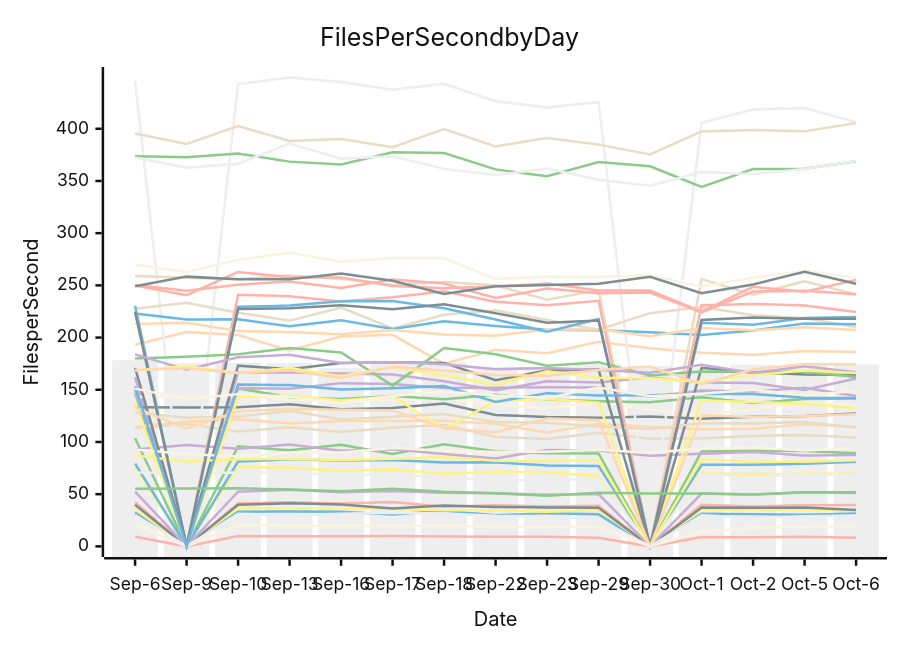
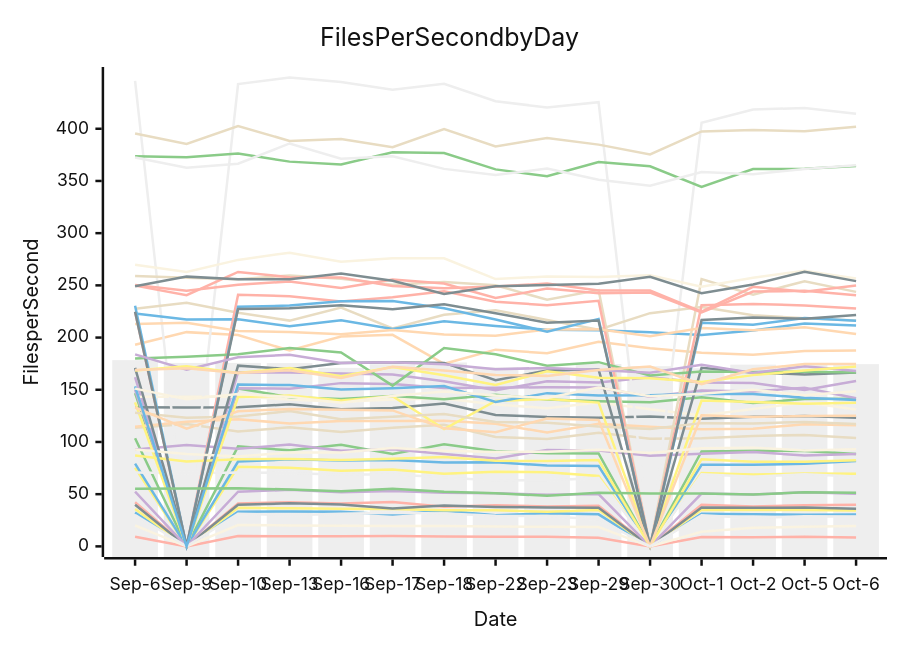
One commit to streetsidesoftware/cspell changed the diagram in perf-report.md. Above: the diagram before and after it, drawn with Mermaid (neutral theme). The commit also changed other lines of this file and 1 other file, not shown here.

````diff
--- a/perf-report.md
+++ b/perf-report.md
@@ -10,56 +10,56 @@
 ```mermaid
 xychart-beta
     title Files Per Second by Day
     y-axis Files per Second
     x-axis Date [Sep-6, Sep-9, Sep-10, Sep-13, Sep-16, Sep-17, Sep-18, Sep-22, Sep-23, Sep-29, Sep-30, Oct-1, Oct-2, Oct-5, Oct-6]
-    bar [178.38, 175.73, 175.70, 175.56, 170.99, 174.42, 176.15, 171.49, 170.60, 174.68, 172.58, 170.62, 174.06, 173.76, 174.28]
-    line [32.39, 0.00, 33.27, 33.48, 33.18, 30.65, 34.02, 29.87, 31.63, 30.68, 0.00, 31.32, 30.89, 30.33, 31.39]
-    line [103.61, 0.00, 95.82, 91.96, 97.25, 88.47, 97.89, 91.06, 89.08, 89.06, 0.00, 90.96, 91.55, 91.45, 89.14]
-    line [162.00, 0.00, 166.81, 166.56, 165.69, 164.68, 158.25, 149.51, 158.09, 156.96, 161.98, 156.93, 156.41, 149.87, 160.88]
-    line [113.59, 117.23, 110.00, 114.04, 109.51, 113.51, 116.46, 104.81, 102.79, 108.89, 103.13, 103.52, 105.79, 106.73, 104.21]
-    line [42.33, 0.00, 41.15, 42.24, 41.01, 42.53, 38.05, 39.43, 38.14, 38.94, 0.00, 39.96, 38.12, 39.36, 39.65]
-    line [75.33, 0.00, 76.18, 75.30, 72.34, 73.59, 69.54, 71.59, 70.97, 67.35, 0.00, 70.29, 68.90, 69.72, 69.61]
-    line [133.16, 133.12, 133.37, 136.08, 131.30, 132.64, 136.81, 125.88, 123.97, 123.26, 124.35, 122.36, 124.05, 124.82, 127.27]
-    line [193.18, 205.21, 202.42, 187.59, 200.94, 202.64, 174.86, 188.42, 184.98, 195.97, 189.74, 185.35, 183.52, 187.14, 186.06]
-    line [143.33, 143.38, 143.55, 140.59, 138.57, 140.62, 141.72, 135.93, 132.42, 137.90, 131.39, 125.40, 131.62, 137.96, 134.38]
-    line [445.82, 0.00, 442.79, 448.98, 444.77, 437.29, 443.15, 426.39, 420.42, 425.42, 0.00, 405.76, 418.50, 419.89, 406.48]
-    line [79.19, 0.00, 81.30, 83.34, 82.19, 82.78, 80.29, 80.65, 77.47, 76.93, 0.00, 78.07, 78.18, 79.10, 80.99]
-    line [146.70, 0.00, 151.25, 142.95, 141.14, 143.95, 140.92, 145.29, 140.59, 139.11, 138.01, 142.88, 137.23, 141.05, 141.73]
-    line [149.88, 0.00, 151.49, 151.06, 156.36, 155.63, 151.63, 151.94, 152.50, 152.06, 143.32, 149.19, 148.32, 152.02, 143.99]
-    line [227.50, 233.38, 223.69, 216.25, 228.77, 208.66, 221.89, 226.09, 216.90, 207.46, 223.39, 229.16, 221.30, 218.51, 210.01]
-    line [9.30, 0.00, 9.85, 9.67, 9.68, 9.92, 9.37, 9.23, 9.26, 8.29, 0.00, 8.90, 8.75, 9.30, 8.28]
+    bar [178.38, 175.73, 175.70, 175.56, 170.99, 174.42, 176.15, 171.49, 170.60, 174.68, 172.58, 170.62, 174.06, 173.76, 174.56]
+    line [32.39, 0.00, 33.27, 33.48, 33.18, 30.65, 34.02, 29.87, 31.63, 30.68, 0.00, 31.32, 30.89, 30.33, 30.59]
+    line [103.61, 0.00, 95.82, 91.96, 97.25, 88.47, 97.89, 91.06, 89.08, 89.06, 0.00, 90.96, 91.55, 91.45, 88.58]
+    line [162.00, 0.00, 166.81, 166.56, 165.69, 164.68, 158.25, 149.51, 158.09, 156.96, 161.98, 156.93, 156.41, 149.87, 158.30]
+    line [113.59, 117.23, 110.00, 114.04, 109.51, 113.51, 116.46, 104.81, 102.79, 108.89, 103.13, 103.52, 105.79, 106.73, 103.75]
+    line [42.33, 0.00, 41.15, 42.24, 41.01, 42.53, 38.05, 39.43, 38.14, 38.94, 0.00, 39.96, 38.12, 39.36, 39.78]
+    line [75.33, 0.00, 76.18, 75.30, 72.34, 73.59, 69.54, 71.59, 70.97, 67.35, 0.00, 70.29, 68.90, 69.72, 69.62]
+    line [133.16, 133.12, 133.37, 136.08, 131.30, 132.64, 136.81, 125.88, 123.97, 123.26, 124.35, 122.36, 124.05, 124.82, 123.22]
+    line [193.18, 205.21, 202.42, 187.59, 200.94, 202.64, 174.86, 188.42, 184.98, 195.97, 189.74, 185.35, 183.52, 187.14, 187.71]
+    line [143.33, 143.38, 143.55, 140.59, 138.57, 140.62, 141.72, 135.93, 132.42, 137.90, 131.39, 125.40, 131.62, 137.96, 131.11]
+    line [445.82, 0.00, 442.79, 448.98, 444.77, 437.29, 443.15, 426.39, 420.42, 425.42, 0.00, 405.76, 418.50, 419.89, 414.47]
+    line [79.19, 0.00, 81.30, 83.34, 82.19, 82.78, 80.29, 80.65, 77.47, 76.93, 0.00, 78.07, 78.18, 79.10, 81.87]
+    line [146.70, 0.00, 151.25, 142.95, 141.14, 143.95, 140.92, 145.29, 140.59, 139.11, 138.01, 142.88, 137.23, 141.05, 141.39]
+    line [149.88, 0.00, 151.49, 151.06, 156.36, 155.63, 151.63, 151.94, 152.50, 152.06, 143.32, 149.19, 148.32, 152.02, 141.80]
+    line [227.50, 233.38, 223.69, 216.25, 228.77, 208.66, 221.89, 226.09, 216.90, 207.46, 223.39, 229.16, 221.30, 218.51, 216.36]
+    line [9.30, 0.00, 9.85, 9.67, 9.68, 9.92, 9.37, 9.23, 9.26, 8.29, 0.00, 8.90, 8.75, 9.30, 8.53]
     line [35.85, 0.00, 37.06, 36.42, 35.98, 35.70, 34.54, 34.55, 33.11, 34.81, 0.00, 35.17, 34.81, 34.91, 34.29]
-    line [39.85, 0.00, 39.94, 41.26, 40.08, 36.34, 39.18, 37.74, 37.18, 36.89, 0.00, 37.27, 36.89, 37.25, 34.92]
-    line [114.54, 119.33, 121.78, 117.69, 120.09, 120.05, 120.31, 117.43, 109.01, 117.33, 114.51, 112.29, 112.71, 117.07, 114.26]
-    line [19.98, 0.00, 20.38, 20.10, 19.75, 19.58, 19.44, 18.99, 18.71, 18.44, 0.00, 13.99, 17.93, 18.69, 19.26]
-    line [70.80, 70.10, 70.83, 70.27, 68.51, 69.01, 65.91, 63.15, 63.41, 65.35, 0.00, 69.02, 66.69, 69.13, 67.93]
-    line [223.08, 217.30, 217.60, 210.80, 216.66, 208.33, 215.69, 211.15, 207.60, 206.93, 205.06, 202.44, 206.85, 213.52, 212.72]
-    line [373.63, 372.65, 376.36, 368.52, 365.71, 377.56, 376.77, 361.09, 354.59, 368.19, 364.07, 344.36, 361.41, 361.68, 368.96]
-    line [92.85, 96.99, 93.46, 97.52, 91.70, 93.14, 88.50, 84.12, 92.41, 91.76, 86.84, 88.64, 90.41, 87.11, 87.46]
-    line [258.89, 257.30, 255.86, 259.52, 256.30, 250.62, 253.31, 250.10, 236.21, 245.48, 0.00, 255.93, 241.02, 253.94, 241.28]
-    line [224.39, 0.00, 241.04, 239.64, 234.60, 238.64, 244.36, 234.31, 230.98, 235.16, 0.00, 230.90, 232.18, 230.80, 224.41]
-    line [137.86, 0.00, 143.10, 144.41, 139.70, 143.74, 112.39, 139.33, 141.10, 137.72, 0.00, 139.61, 138.23, 136.68, 132.53]
-    line [171.06, 0.00, 173.10, 169.76, 175.73, 176.36, 175.75, 159.14, 168.41, 169.31, 0.00, 170.99, 166.63, 164.65, 164.11]
-    line [213.00, 214.26, 206.28, 205.22, 203.09, 207.23, 202.88, 201.82, 207.79, 207.90, 201.29, 209.19, 206.95, 209.81, 207.15]
-    line [269.85, 262.88, 274.40, 281.31, 272.54, 275.91, 275.97, 256.03, 258.54, 258.01, 259.58, 248.67, 257.34, 264.03, 257.49]
-    line [372.46, 362.58, 366.57, 385.92, 371.23, 373.66, 361.57, 355.78, 361.81, 351.17, 345.43, 358.65, 356.52, 361.50, 369.06]
-    line [230.54, 0.00, 229.61, 230.62, 234.72, 234.92, 228.04, 217.32, 205.66, 217.69, 0.00, 214.10, 212.26, 218.65, 219.66]
-    line [179.93, 181.55, 184.12, 189.95, 185.74, 153.97, 189.99, 184.11, 172.95, 176.46, 163.78, 167.39, 166.94, 167.31, 162.25]
-    line [52.52, 0.00, 52.32, 54.12, 51.77, 53.09, 51.40, 50.85, 49.44, 50.07, 0.00, 50.63, 49.63, 51.74, 51.18]
-    line [127.89, 123.29, 124.49, 129.64, 121.66, 124.08, 126.72, 119.08, 118.45, 114.87, 112.49, 118.05, 117.81, 119.24, 113.75]
-    line [249.77, 240.66, 262.89, 257.78, 257.49, 249.43, 247.25, 248.88, 251.75, 245.20, 245.06, 224.85, 248.59, 243.98, 255.25]
-    line [87.14, 81.35, 83.34, 83.78, 82.79, 83.96, 85.57, 82.01, 81.81, 82.67, 0.00, 83.49, 80.99, 81.07, 82.40]
-    line [224.81, 0.00, 227.34, 228.09, 230.87, 227.16, 231.88, 223.22, 214.31, 216.24, 0.00, 216.91, 219.11, 218.12, 218.13]
-    line [133.03, 112.77, 129.44, 131.63, 130.97, 130.22, 113.06, 109.25, 122.56, 121.09, 0.00, 125.59, 123.97, 124.90, 126.53]
-    line [92.88, 88.59, 86.05, 89.85, 89.86, 94.27, 91.54, 90.45, 90.71, 92.55, 89.39, 93.96, 94.53, 91.86, 94.03]
-    line [30.04, 0.00, 31.22, 29.93, 31.17, 32.23, 31.60, 29.23, 29.18, 25.62, 0.00, 29.72, 27.11, 28.75, 29.54]
-    line [153.19, 0.00, 155.03, 154.46, 150.27, 151.44, 153.53, 138.23, 146.78, 144.54, 144.66, 146.29, 145.95, 142.41, 142.10]
-    line [55.22, 55.40, 55.63, 54.54, 52.86, 55.21, 52.35, 50.94, 48.45, 51.30, 50.59, 50.58, 49.72, 51.81, 51.74]
-    line [183.91, 169.15, 181.18, 183.51, 175.60, 176.44, 174.39, 169.65, 170.91, 168.95, 166.28, 173.86, 166.13, 172.49, 166.67]
-    line [395.48, 385.49, 402.68, 388.38, 390.24, 382.26, 399.81, 383.04, 391.20, 384.82, 375.34, 397.41, 398.74, 397.51, 405.45]
-    line [250.38, 244.75, 250.69, 253.77, 247.48, 255.65, 251.83, 237.98, 246.89, 242.54, 243.09, 224.03, 244.08, 244.73, 241.42]
-    line [168.54, 172.61, 166.17, 170.88, 163.08, 171.82, 163.97, 154.58, 167.67, 161.60, 161.14, 157.44, 164.03, 168.37, 166.07]
-    line [249.11, 258.37, 255.88, 255.75, 261.30, 254.48, 241.79, 249.14, 250.28, 251.57, 258.18, 242.58, 250.83, 263.10, 251.51]
-    line [168.98, 170.63, 166.15, 168.68, 161.23, 172.09, 168.48, 164.20, 163.31, 169.03, 172.29, 155.24, 169.60, 174.57, 174.16]
-    line [151.08, 140.90, 145.94, 143.19, 137.67, 143.95, 148.30, 144.49, 142.14, 152.04, 143.84, 146.29, 149.93, 144.74, 148.93]
+    line [39.85, 0.00, 39.94, 41.26, 40.08, 36.34, 39.18, 37.74, 37.18, 36.89, 0.00, 37.27, 36.89, 37.25, 36.07]
+    line [114.54, 119.33, 121.78, 117.69, 120.09, 120.05, 120.31, 117.43, 109.01, 117.33, 114.51, 112.29, 112.71, 117.07, 115.99]
+    line [19.98, 0.00, 20.38, 20.10, 19.75, 19.58, 19.44, 18.99, 18.71, 18.44, 0.00, 13.99, 17.93, 18.69, 19.47]
+    line [70.80, 70.10, 70.83, 70.27, 68.51, 69.01, 65.91, 63.15, 63.41, 65.35, 0.00, 69.02, 66.69, 69.13, 66.96]
+    line [223.08, 217.30, 217.60, 210.80, 216.66, 208.33, 215.69, 211.15, 207.60, 206.93, 205.06, 202.44, 206.85, 213.52, 211.58]
+    line [373.63, 372.65, 376.36, 368.52, 365.71, 377.56, 376.77, 361.09, 354.59, 368.19, 364.07, 344.36, 361.41, 361.68, 364.32]
+    line [92.85, 96.99, 93.46, 97.52, 91.70, 93.14, 88.50, 84.12, 92.41, 91.76, 86.84, 88.64, 90.41, 87.11, 88.43]
+    line [258.89, 257.30, 255.86, 259.52, 256.30, 250.62, 253.31, 250.10, 236.21, 245.48, 0.00, 255.93, 241.02, 253.94, 243.76]
+    line [224.39, 0.00, 241.04, 239.64, 234.60, 238.64, 244.36, 234.31, 230.98, 235.16, 0.00, 230.90, 232.18, 230.80, 227.73]
+    line [137.86, 0.00, 143.10, 144.41, 139.70, 143.74, 112.39, 139.33, 141.10, 137.72, 0.00, 139.61, 138.23, 136.68, 137.55]
+    line [171.06, 0.00, 173.10, 169.76, 175.73, 176.36, 175.75, 159.14, 168.41, 169.31, 0.00, 170.99, 166.63, 164.65, 166.49]
+    line [213.00, 214.26, 206.28, 205.22, 203.09, 207.23, 202.88, 201.82, 207.79, 207.90, 201.29, 209.19, 206.95, 209.81, 203.32]
+    line [269.85, 262.88, 274.40, 281.31, 272.54, 275.91, 275.97, 256.03, 258.54, 258.01, 259.58, 248.67, 257.34, 264.03, 256.50]
+    line [372.46, 362.58, 366.57, 385.92, 371.23, 373.66, 361.57, 355.78, 361.81, 351.17, 345.43, 358.65, 356.52, 361.50, 365.03]
+    line [230.54, 0.00, 229.61, 230.62, 234.72, 234.92, 228.04, 217.32, 205.66, 217.69, 0.00, 214.10, 212.26, 218.65, 216.15]
+    line [179.93, 181.55, 184.12, 189.95, 185.74, 153.97, 189.99, 184.11, 172.95, 176.46, 163.78, 167.39, 166.94, 167.31, 166.58]
+    line [52.52, 0.00, 52.32, 54.12, 51.77, 53.09, 51.40, 50.85, 49.44, 50.07, 0.00, 50.63, 49.63, 51.74, 50.52]
+    line [127.89, 123.29, 124.49, 129.64, 121.66, 124.08, 126.72, 119.08, 118.45, 114.87, 112.49, 118.05, 117.81, 119.24, 117.30]
+    line [249.77, 240.66, 262.89, 257.78, 257.49, 249.43, 247.25, 248.88, 251.75, 245.20, 245.06, 224.85, 248.59, 243.98, 249.80]
+    line [87.14, 81.35, 83.34, 83.78, 82.79, 83.96, 85.57, 82.01, 81.81, 82.67, 0.00, 83.49, 80.99, 81.07, 82.57]
+    line [224.81, 0.00, 227.34, 228.09, 230.87, 227.16, 231.88, 223.22, 214.31, 216.24, 0.00, 216.91, 219.11, 218.12, 221.54]
+    line [133.03, 112.77, 129.44, 131.63, 130.97, 130.22, 113.06, 109.25, 122.56, 121.09, 0.00, 125.59, 123.97, 124.90, 125.17]
+    line [92.88, 88.59, 86.05, 89.85, 89.86, 94.27, 91.54, 90.45, 90.71, 92.55, 89.39, 93.96, 94.53, 91.86, 92.97]
+    line [30.04, 0.00, 31.22, 29.93, 31.17, 32.23, 31.60, 29.23, 29.18, 25.62, 0.00, 29.72, 27.11, 28.75, 28.59]
+    line [153.19, 0.00, 155.03, 154.46, 150.27, 151.44, 153.53, 138.23, 146.78, 144.54, 144.66, 146.29, 145.95, 142.41, 140.28]
+    line [55.22, 55.40, 55.63, 54.54, 52.86, 55.21, 52.35, 50.94, 48.45, 51.30, 50.59, 50.58, 49.72, 51.81, 51.28]
+    line [183.91, 169.15, 181.18, 183.51, 175.60, 176.44, 174.39, 169.65, 170.91, 168.95, 166.28, 173.86, 166.13, 172.49, 168.04]
+    line [395.48, 385.49, 402.68, 388.38, 390.24, 382.26, 399.81, 383.04, 391.20, 384.82, 375.34, 397.41, 398.74, 397.51, 401.96]
+    line [250.38, 244.75, 250.69, 253.77, 247.48, 255.65, 251.83, 237.98, 246.89, 242.54, 243.09, 224.03, 244.08, 244.73, 240.54]
+    line [168.54, 172.61, 166.17, 170.88, 163.08, 171.82, 163.97, 154.58, 167.67, 161.60, 161.14, 157.44, 164.03, 168.37, 172.22]
+    line [249.11, 258.37, 255.88, 255.75, 261.30, 254.48, 241.79, 249.14, 250.28, 251.57, 258.18, 242.58, 250.83, 263.10, 254.08]
+    line [168.98, 170.63, 166.15, 168.68, 161.23, 172.09, 168.48, 164.20, 163.31, 169.03, 172.29, 155.24, 169.60, 174.57, 174.76]
+    line [151.08, 140.90, 145.94, 143.19, 137.67, 143.95, 148.30, 144.49, 142.14, 152.04, 143.84, 146.29, 149.93, 144.74, 148.49]
 ```
````
